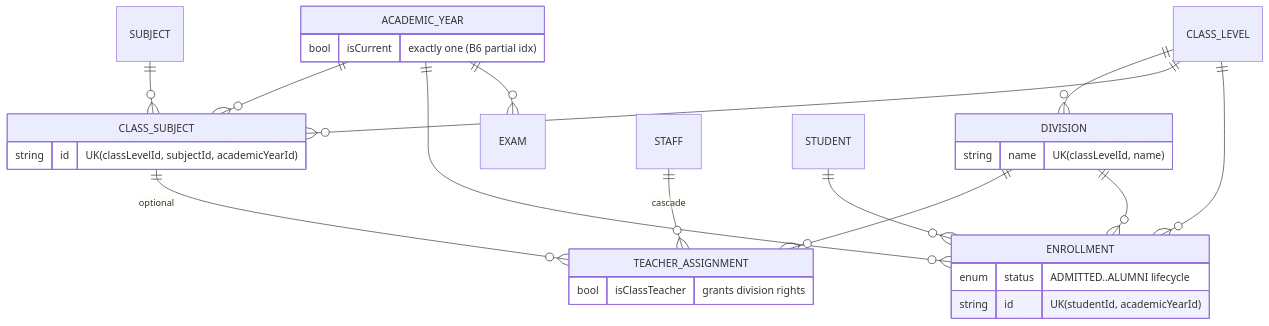
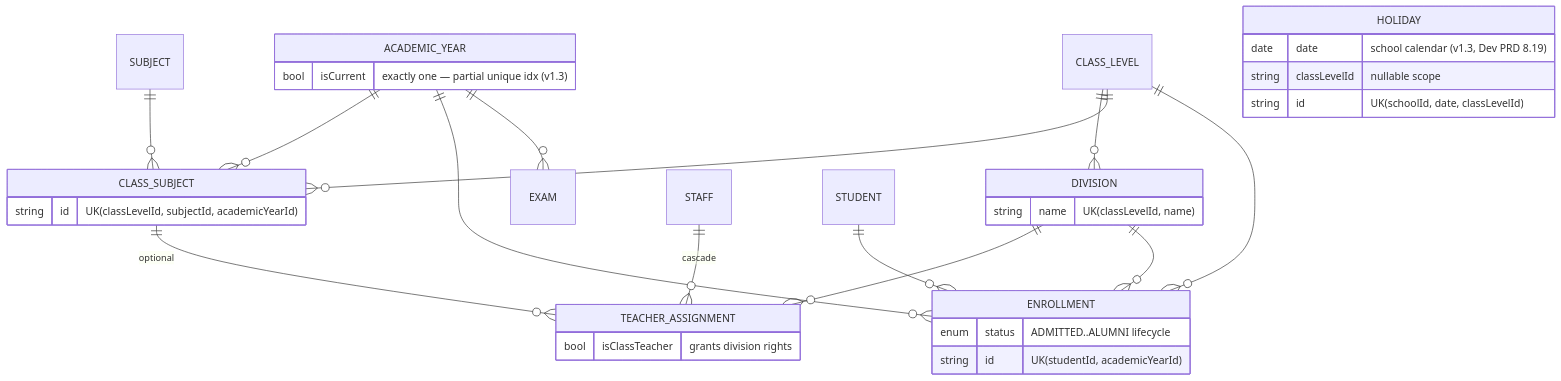
The second of 6 diagrams in docs/DB_RELATIONSHIP_DIAGRAM.md (imanaswer/MobileApp), drawn with Mermaid before and after one commit. The commit also changed other lines of this file and 9 other files, not shown here.

Commit message:
docs: update PRD, API conventions, database schema, and project documentation

````diff
--- a/docs/DB_RELATIONSHIP_DIAGRAM.md
+++ b/docs/DB_RELATIONSHIP_DIAGRAM.md
@@ -43,24 +43,29 @@
 ```mermaid
 erDiagram
     ACADEMIC_YEAR ||--o{ CLASS_SUBJECT : ""
     ACADEMIC_YEAR ||--o{ ENROLLMENT : ""
     ACADEMIC_YEAR ||--o{ EXAM : ""
     CLASS_LEVEL ||--o{ DIVISION : ""
     CLASS_LEVEL ||--o{ CLASS_SUBJECT : ""
     CLASS_LEVEL ||--o{ ENROLLMENT : ""
     SUBJECT ||--o{ CLASS_SUBJECT : ""
     DIVISION ||--o{ TEACHER_ASSIGNMENT : ""
     DIVISION ||--o{ ENROLLMENT : ""
     CLASS_SUBJECT ||--o{ TEACHER_ASSIGNMENT : "optional"
     STAFF ||--o{ TEACHER_ASSIGNMENT : "cascade"
     STUDENT ||--o{ ENROLLMENT : ""
 
-    ACADEMIC_YEAR { bool isCurrent "exactly one (B6 partial idx)" }
+    ACADEMIC_YEAR { bool isCurrent "exactly one — partial unique idx (v1.3)" }
+    HOLIDAY {
+        date date "school calendar (v1.3, Dev PRD 8.19)"
+        string classLevelId "nullable scope"
+        string id "UK(schoolId, date, classLevelId)"
+    }
     DIVISION { string name "UK(classLevelId, name)" }
     CLASS_SUBJECT { string id "UK(classLevelId, subjectId, academicYearId)" }
     TEACHER_ASSIGNMENT { bool isClassTeacher "grants division rights" }
     ENROLLMENT {
         enum status "ADMITTED..ALUMNI lifecycle"
         string id "UK(studentId, academicYearId)"
     }
 ```
````
